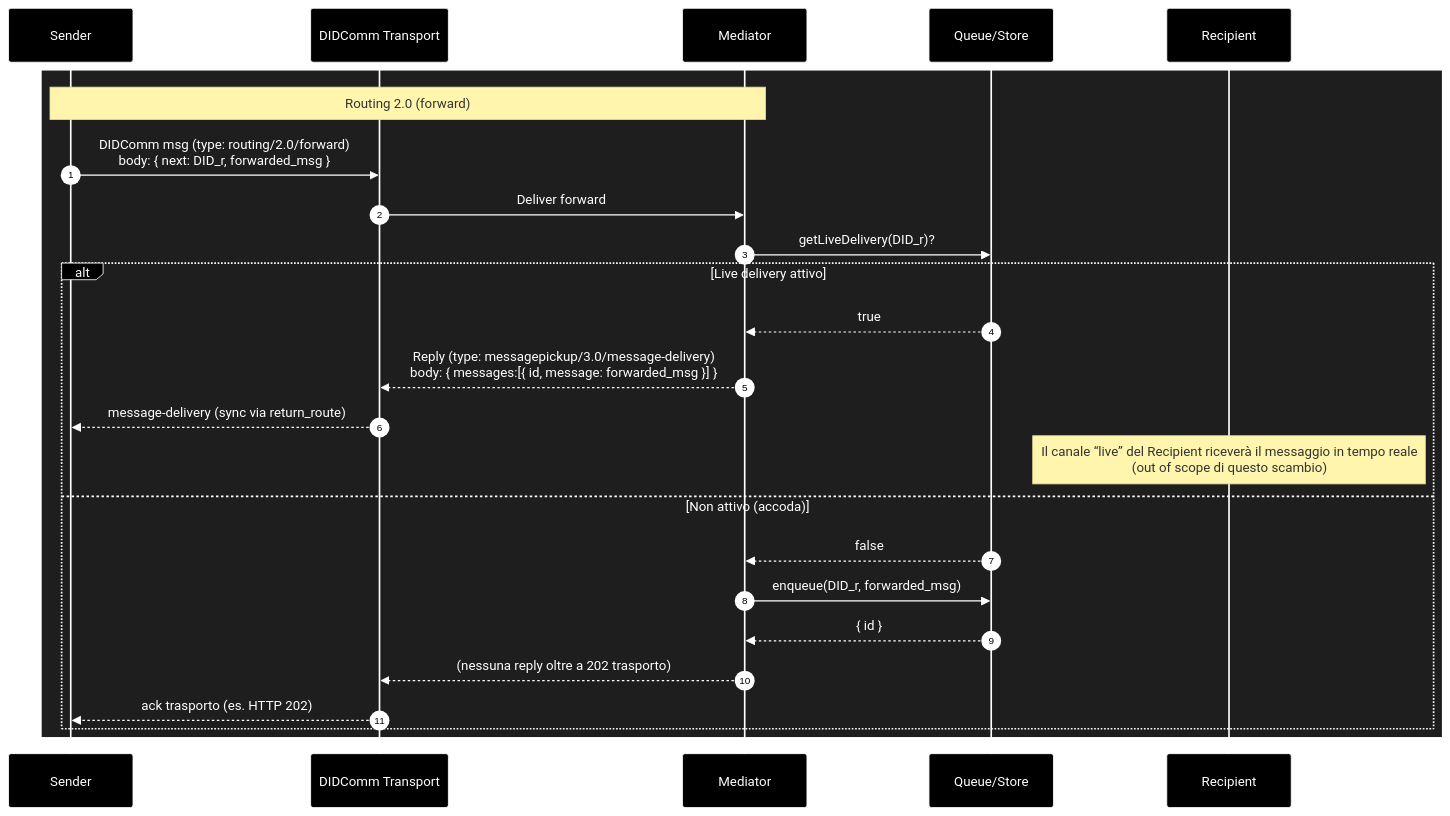
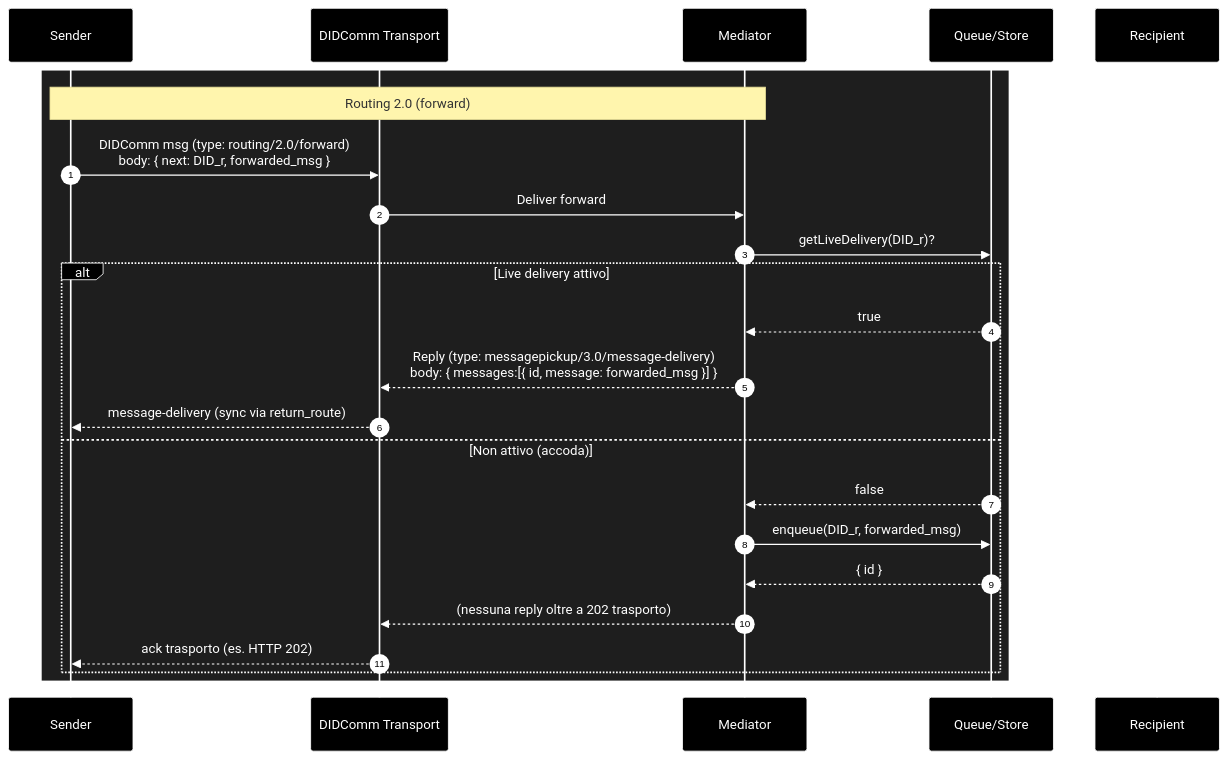
Before and after one commit to exo404/3did: the diagram in docs/Routing2.md, drawn with Mermaid.

Commit message:
fix: Remove note on live delivery channel

````diff
--- a/docs/Routing2.md
+++ b/docs/Routing2.md
@@ -1,38 +1,37 @@
 ```mermaid
 %%{init: {"theme":"base", "themeVariables": {
   "background":"#000000",
   "primaryColor":"#000000",
   "primaryTextColor":"#ffffff",
   "primaryBorderColor":"#ffffff",
   "lineColor":"#ffffff",
   "secondaryColor":"#000000",
   "tertiaryColor":"#000000"
 }}}%%
 
 sequenceDiagram
   autonumber
   participant S as Sender
   participant T as DIDComm Transport
   participant M as Mediator
   participant Q as Queue/Store
   participant R as Recipient
 
   rect rgb(30,30,30)
     note over S,M: Routing 2.0 (forward)
     S->>T: DIDComm msg (type: routing/2.0/forward)<br/>body: { next: DID_r, forwarded_msg }
     T->>M: Deliver forward
     M->>Q: getLiveDelivery(DID_r)?
     alt Live delivery attivo
       Q-->>M: true
       M-->>T: Reply (type: messagepickup/3.0/message-delivery)<br/>body: { messages:[{ id, message: forwarded_msg }] }
       T-->>S: message-delivery (sync via return_route)
-      note over R: Il canale “live” del Recipient riceverà il messaggio in tempo reale<br/>(out of scope di questo scambio)
     else Non attivo (accoda)
       Q-->>M: false
       M->>Q: enqueue(DID_r, forwarded_msg)
       Q-->>M: { id }
       M-->>T: (nessuna reply oltre a 202 trasporto)
       T-->>S: ack trasporto (es. HTTP 202)
     end
   end
   ```
````
